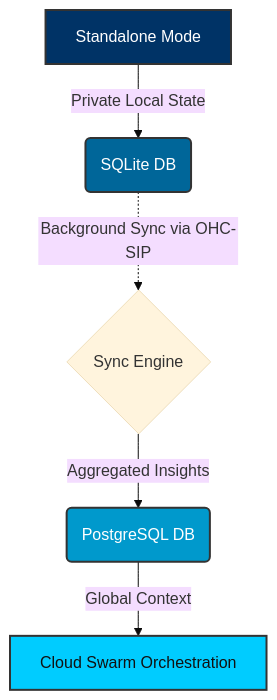
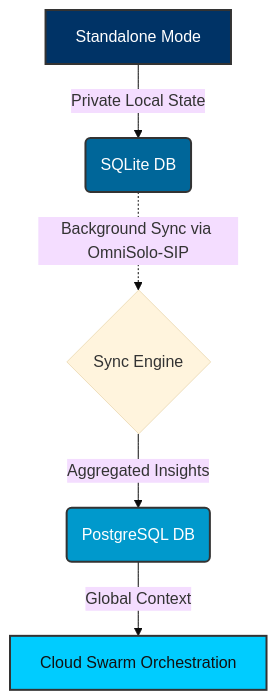
One commit to omnisolo-llc/onehumancorp changed the first of 2 diagrams in docs/technical/mcp/hybrid-mcp-playbook.md. Above: the diagram before and after it, drawn with Mermaid (base theme). The commit also changed other lines of this file and 2191 other files, not shown here.

Commit message:
feat: complete OmniSolo rename and browser audit

````diff
--- a/docs/technical/mcp/hybrid-mcp-playbook.md
+++ b/docs/technical/mcp/hybrid-mcp-playbook.md
@@ -15,12 +15,12 @@
     ```mermaid
     graph TD
         A[Standalone Mode] -->|Private Local State| B(SQLite DB)
-        B -.->|Background Sync via OHC-SIP| C{Sync Engine}
+        B -.->|Background Sync via OmniSolo-SIP| C{Sync Engine}
         C -->|Aggregated Insights| D(PostgreSQL DB)
         D -->|Global Context| E[Cloud Swarm Orchestration]
 
         style A fill:#003366,stroke:#333,stroke-width:2px,color:#fff
         style B fill:#006699,stroke:#333,stroke-width:2px,color:#fff
         style D fill:#0099cc,stroke:#333,stroke-width:2px,color:#fff
         style E fill:#00ccff,stroke:#333,stroke-width:2px,color:#111
     ```
````
